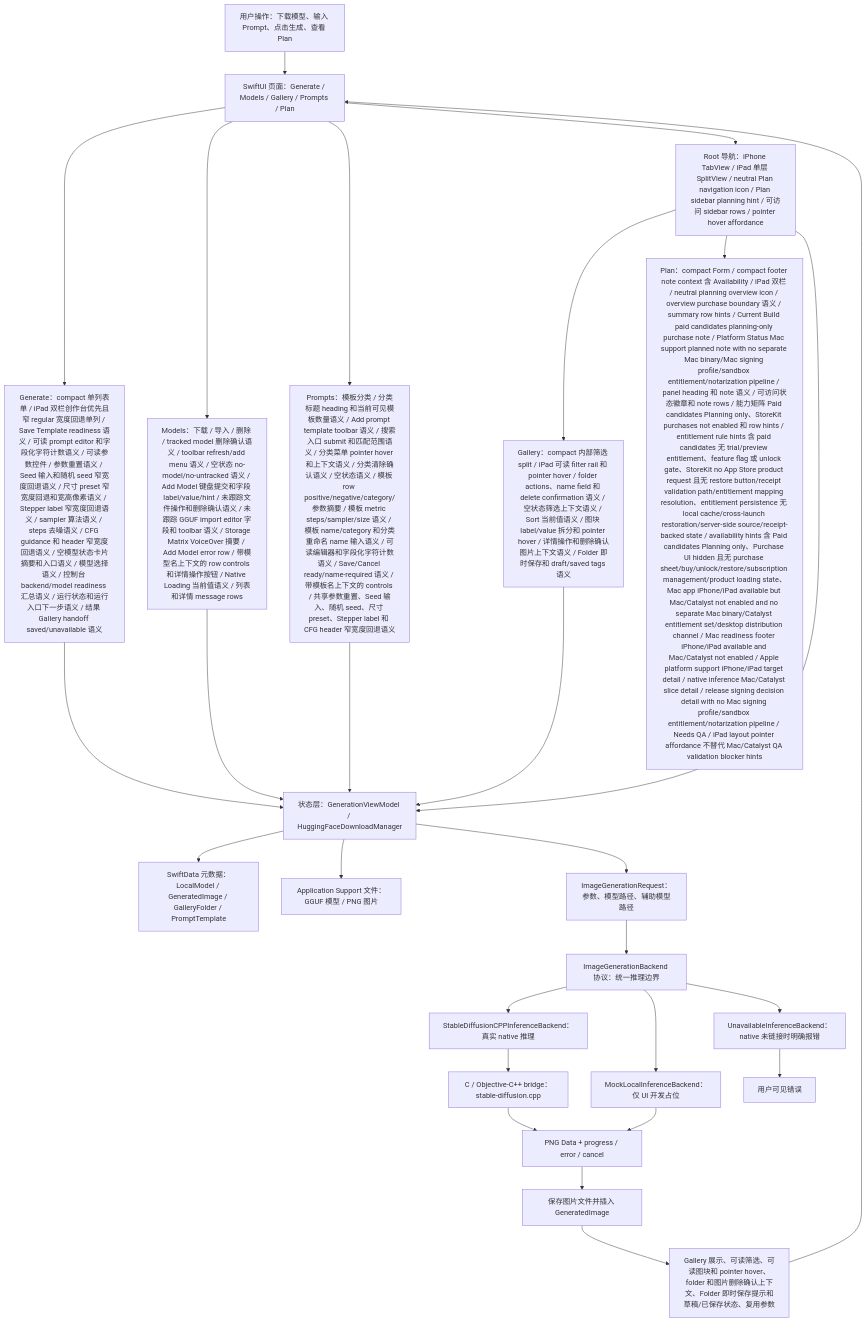
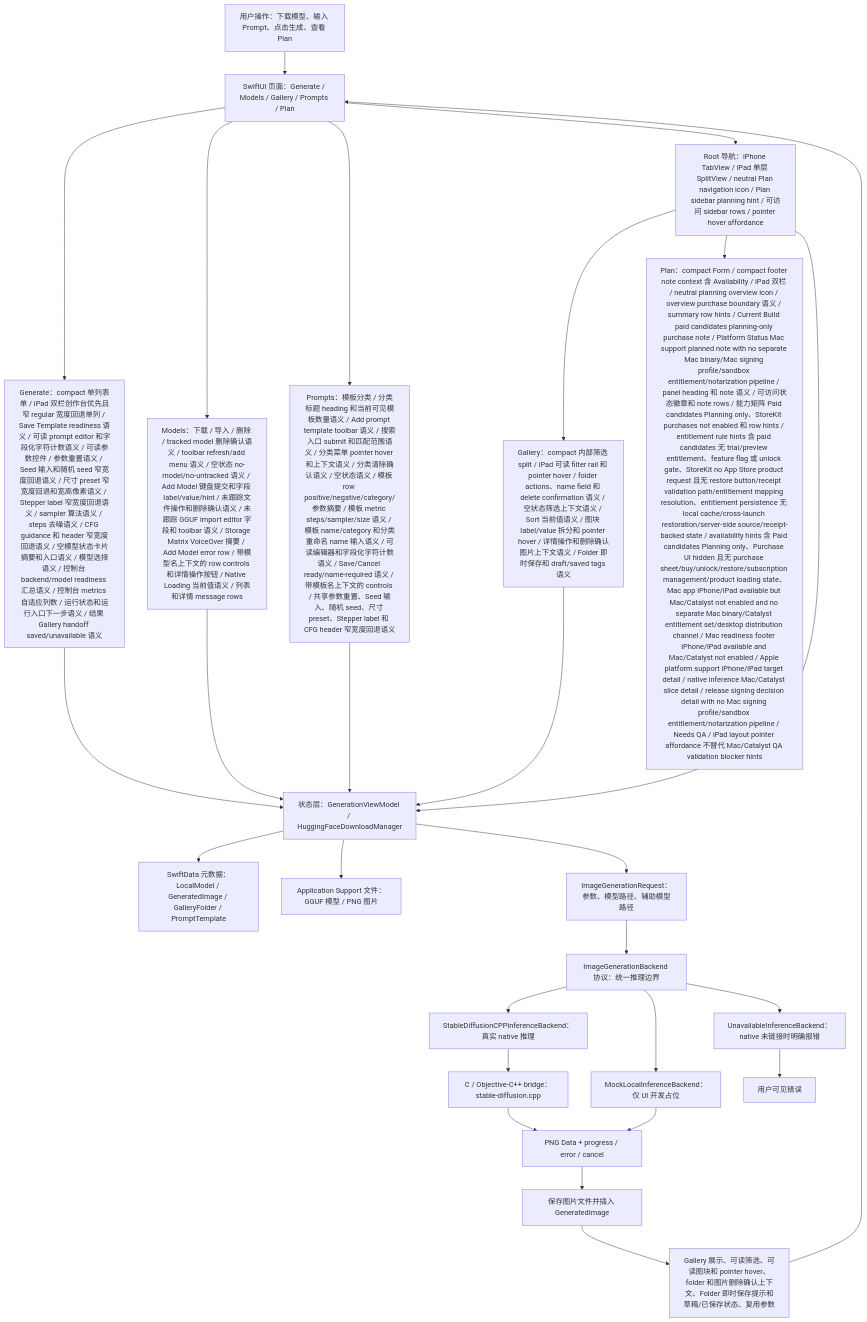
The first of 7 diagrams in md/flow/flowchart.md (Altman-sam114/118), drawn with Mermaid before and after one commit. The commit also changed 5 other files, not shown here.

````diff
--- a/md/flow/flowchart.md
+++ b/md/flow/flowchart.md
@@ -9,29 +9,29 @@
 ```mermaid
 flowchart TD
   U["用户操作：下载模型、输入 Prompt、点击生成、查看 Plan"] --> UI["SwiftUI 页面：Generate / Models / Gallery / Prompts / Plan"]
-  UI --> GENUI["Generate：compact 单列表单 / iPad 双栏创作台优先且窄 regular 宽度回退单列 / Save Template readiness 语义 / 可读 prompt editor 和字段化字符计数语义 / 可读参数控件 / 参数重置语义 / Seed 输入和随机 seed 窄宽度回退语义 / 尺寸 preset 窄宽度回退和宽高像素语义 / Stepper label 窄宽度回退语义 / sampler 算法语义 / steps 去噪语义 / CFG guidance 和 header 窄宽度回退语义 / 空模型状态卡片摘要和入口语义 / 模型选择语义 / 控制台 backend/model readiness 汇总语义 / 运行状态和运行入口下一步语义 / 结果 Gallery handoff saved/unavailable 语义"]
+  UI --> GENUI["Generate：compact 单列表单 / iPad 双栏创作台优先且窄 regular 宽度回退单列 / Save Template readiness 语义 / 可读 prompt editor 和字段化字符计数语义 / 可读参数控件 / 参数重置语义 / Seed 输入和随机 seed 窄宽度回退语义 / 尺寸 preset 窄宽度回退和宽高像素语义 / Stepper label 窄宽度回退语义 / sampler 算法语义 / steps 去噪语义 / CFG guidance 和 header 窄宽度回退语义 / 空模型状态卡片摘要和入口语义 / 模型选择语义 / 控制台 backend/model readiness 汇总语义 / 控制台 metrics 自适应列数 / 运行状态和运行入口下一步语义 / 结果 Gallery handoff saved/unavailable 语义"]
   UI --> MODELUI["Models：下载 / 导入 / 删除 / tracked model 删除确认语义 / toolbar refresh/add menu 语义 / 空状态 no-model/no-untracked 语义 / Add Model 键盘提交和字段 label/value/hint / 未跟踪文件操作和删除确认语义 / 未跟踪 GGUF import editor 字段和 toolbar 语义 / Storage Matrix VoiceOver 摘要 / Add Model error row / 带模型名上下文的 row controls 和详情操作按钮 / Native Loading 当前值语义 / 列表和详情 message rows"]
   UI --> PROMPTUI["Prompts：模板分类 / 分类标题 heading 和当前可见模板数量语义 / Add prompt template toolbar 语义 / 搜索入口 submit 和匹配范围语义 / 分类菜单 pointer hover 和上下文语义 / 分类清除确认语义 / 空状态语义 / 模板 row positive/negative/category/参数摘要 / 模板 metric steps/sampler/size 语义 / 模板 name/category 和分类重命名 name 输入语义 / 可读编辑器和字段化字符计数语义 / Save/Cancel ready/name-required 语义 / 带模板名上下文的 controls / 共享参数重置、Seed 输入、随机 seed、尺寸 preset、Stepper label 和 CFG header 窄宽度回退语义"]
   UI --> NAV["Root 导航：iPhone TabView / iPad 单层 SplitView / neutral Plan navigation icon / Plan sidebar planning hint / 可访问 sidebar rows / pointer hover affordance"]
   NAV --> GALUI["Gallery：compact 内部筛选 split / iPad 可读 filter rail 和 pointer hover / folder actions、name field 和 delete confirmation 语义 / 空状态筛选上下文语义 / Sort 当前值语义 / 图块 label/value 拆分和 pointer hover / 详情操作和删除确认图片上下文语义 / Folder 即时保存和 draft/saved tags 语义"]
   NAV --> PLANUI["Plan：compact Form / compact footer note context 含 Availability / iPad 双栏 / neutral planning overview icon / overview purchase boundary 语义 / summary row hints / Current Build paid candidates planning-only purchase note / Platform Status Mac support planned note with no separate Mac binary/Mac signing profile/sandbox entitlement/notarization pipeline / panel heading 和 note 语义 / 可访问状态徽章和 note rows / 能力矩阵 Paid candidates Planning only、StoreKit purchases not enabled 和 row hints / entitlement rule hints 含 paid candidates 无 trial/preview entitlement、feature flag 或 unlock gate、StoreKit no App Store product request 且无 restore button/receipt validation path/entitlement mapping resolution、entitlement persistence 无 local cache/cross-launch restoration/server-side source/receipt-backed state / availability hints 含 Paid candidates Planning only、Purchase UI hidden 且无 purchase sheet/buy/unlock/restore/subscription management/product loading state、Mac app iPhone/iPad available but Mac/Catalyst not enabled and no separate Mac binary/Catalyst entitlement set/desktop distribution channel / Mac readiness footer iPhone/iPad available and Mac/Catalyst not enabled / Apple platform support iPhone/iPad target detail / native inference Mac/Catalyst slice detail / release signing decision detail with no Mac signing profile/sandbox entitlement/notarization pipeline / Needs QA / iPad layout pointer affordance 不替代 Mac/Catalyst QA validation blocker hints"]
   NAV --> VM["状态层：GenerationViewModel / HuggingFaceDownloadManager"]
   GENUI --> VM
   MODELUI --> VM
   PROMPTUI --> VM
   GALUI --> VM
   VM --> SD["SwiftData 元数据：LocalModel / GeneratedImage / GalleryFolder / PromptTemplate"]
   VM --> FS["Application Support 文件：GGUF 模型 / PNG 图片"]
   VM --> REQ["ImageGenerationRequest：参数、模型路径、辅助模型路径"]
   REQ --> IFACE["ImageGenerationBackend 协议：统一推理边界"]
   IFACE --> NATIVE["StableDiffusionCPPInferenceBackend：真实 native 推理"]
   IFACE --> MOCK["MockLocalInferenceBackend：仅 UI 开发占位"]
   IFACE --> OFF["UnavailableInferenceBackend：native 未链接时明确报错"]
   NATIVE --> BRIDGE["C / Objective-C++ bridge：stable-diffusion.cpp"]
   BRIDGE --> PNG["PNG Data + progress / error / cancel"]
   MOCK --> PNG
   OFF --> ERR["用户可见错误"]
   PNG --> SAVE["保存图片文件并插入 GeneratedImage"]
   SAVE --> GALLERY["Gallery 展示、可读筛选、可读图块和 pointer hover、folder 和图片删除确认上下文、Folder 即时保存提示和草稿/已保存状态、复用参数"]
   GALLERY --> UI
 ```
````
